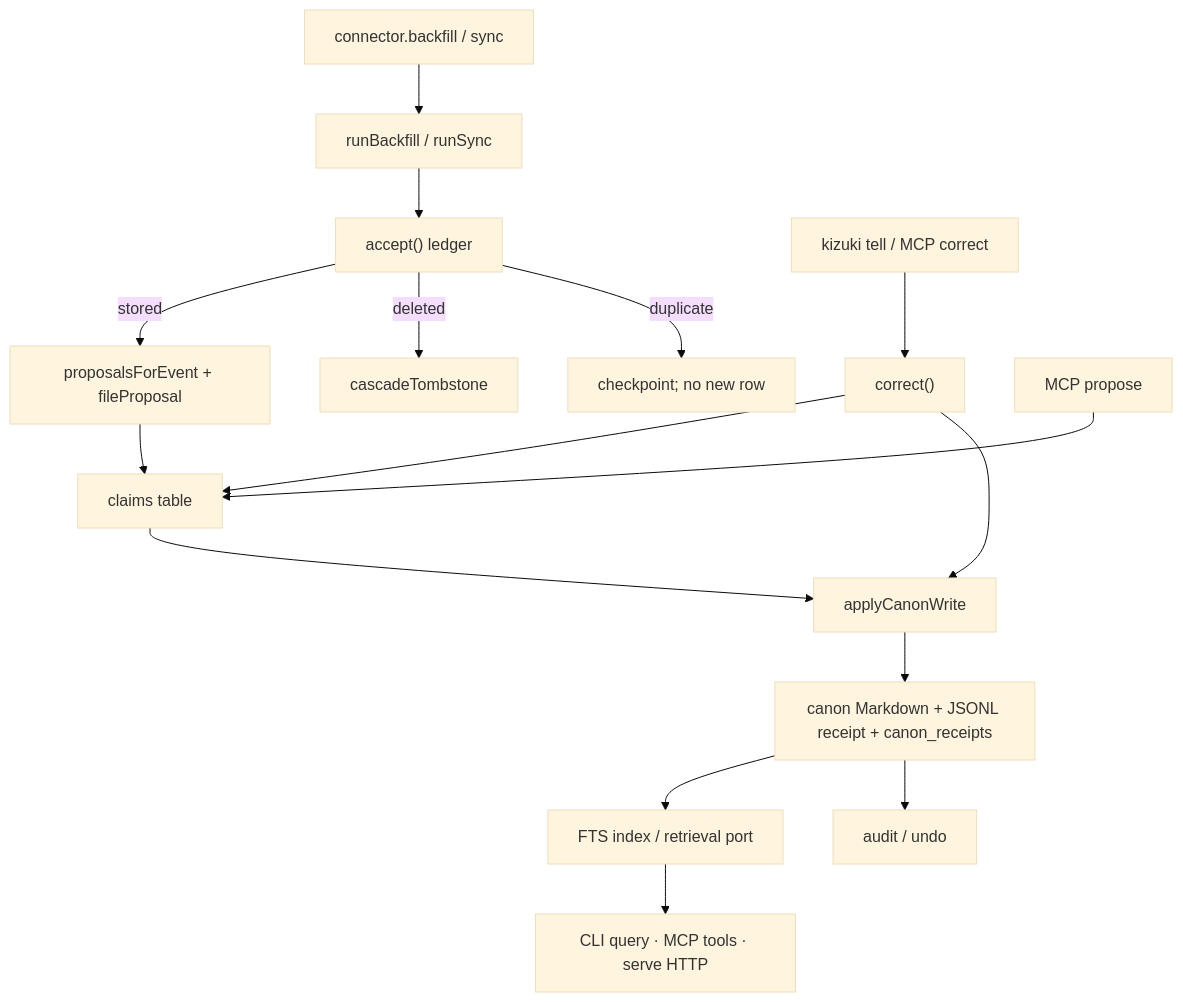
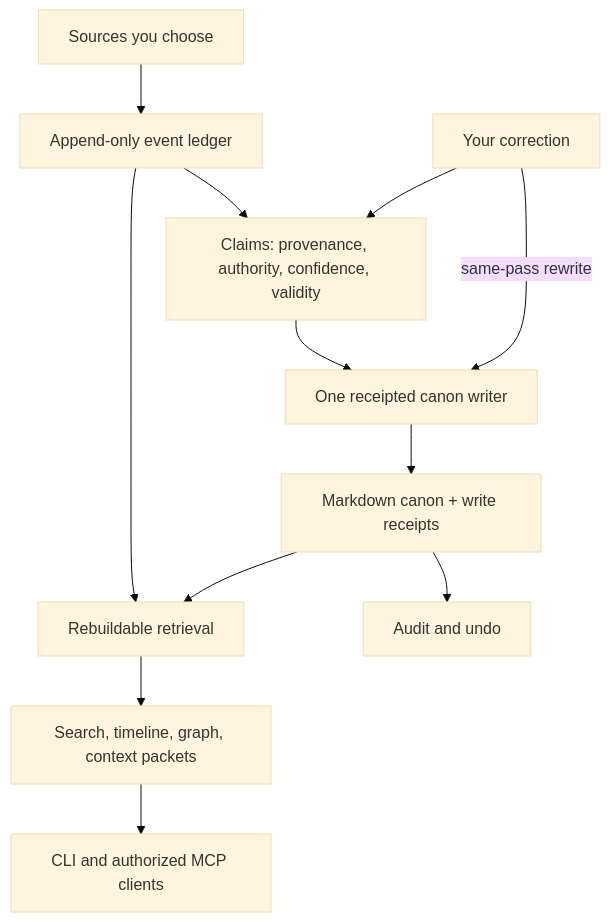
The diagram in README.md (Illuminfti/kizuki), drawn with Mermaid (base theme) before and after one commit. The commit also changed other lines of this file, not shown here.

````diff
--- a/README.md
+++ b/README.md
@@ -199,18 +187,14 @@
 ```mermaid
 flowchart TD
-  src["connector.backfill / sync"] --> ingest["runBackfill / runSync"]
-  ingest --> accept["accept() ledger"]
-  accept -->|stored| propose["proposalsForEvent + fileProposal"]
-  accept -->|deleted| tomb["cascadeTombstone"]
-  accept -->|duplicate| stop["checkpoint; no new row"]
-  propose --> claims["claims table"]
-  tell["kizuki tell / MCP correct"] --> correct["correct()"]
-  mcpPropose["MCP propose"] --> claims
-  correct --> claims
-  correct --> writer["applyCanonWrite"]
-  claims --> writer
-  writer --> page["canon Markdown + JSONL receipt + canon_receipts"]
-  page --> derived["FTS index / retrieval port"]
-  derived --> serve["CLI query · MCP tools · serve HTTP"]
-  page --> audit["audit / undo"]
+  sources["Sources you choose"] --> ledger["Append-only event ledger"]
+  ledger --> claims["Claims: provenance, authority, confidence, validity"]
+  claims --> writer["One receipted canon writer"]
+  correction["Your correction"] --> claims
+  correction -->|"same-pass rewrite"| writer
+  writer --> canon["Markdown canon + write receipts"]
+  ledger --> retrieval["Rebuildable retrieval"]
+  canon --> retrieval
+  retrieval --> context["Search, timeline, graph, context packets"]
+  context --> clients["CLI and authorized MCP clients"]
+  canon --> audit["Audit and undo"]
 ```
````
